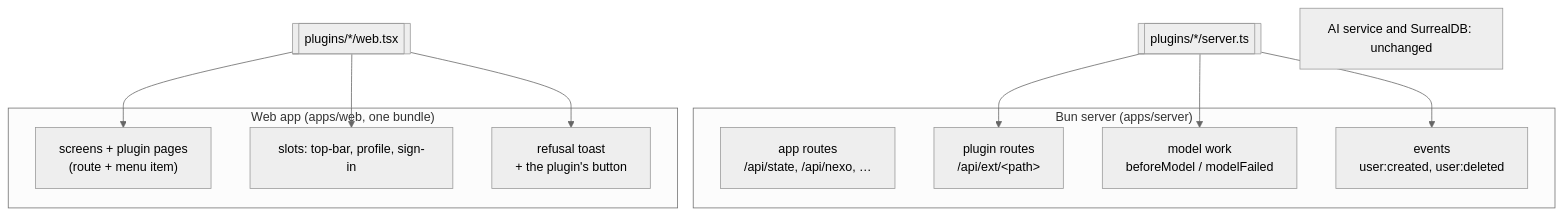
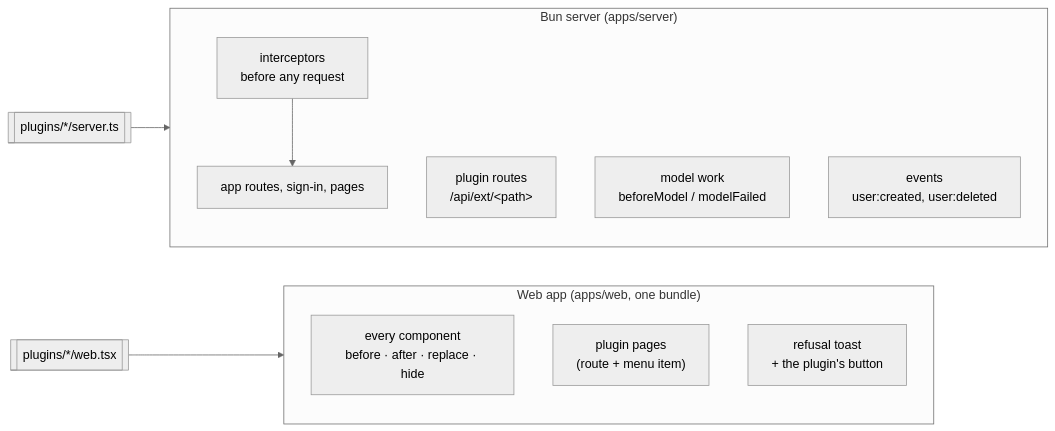
The first of 5 diagrams in docs/plugins.md (renatoaug/platjourney), drawn with Mermaid (neutral theme) before and after one commit. The commit also changed other lines of this file and 40 other files, not shown here.

Commit message:
feat(plugins): reach any component and any request without slots (#42)

````diff
--- a/docs/plugins.md
+++ b/docs/plugins.md
@@ -21,17 +21,16 @@
 ```mermaid
-flowchart TB
+flowchart LR
     subgraph server["Bun server (apps/server)"]
-        routes["app routes<br/>/api/state, /api/nexo, …"]
+        icpt["interceptors<br/>before any request"] --> app["app routes, sign-in, pages"]
         ext["plugin routes<br/>/api/ext/&lt;path&gt;"]
         hooks["model work<br/>beforeModel / modelFailed"]
         events["events<br/>user:created, user:deleted"]
     end
     subgraph web["Web app (apps/web, one bundle)"]
-        pages["screens + plugin pages<br/>(route + menu item)"]
-        slots["slots: top-bar, profile, sign-in"]
+        comps["every component<br/>before · after · replace · hide"]
+        pages["plugin pages<br/>(route + menu item)"]
         toast["refusal toast<br/>+ the plugin's button"]
     end
-    ps[["plugins/*/server.ts"]] --> ext & hooks & events
-    pw[["plugins/*/web.tsx"]] --> pages & slots & toast
-    other["AI service and SurrealDB: unchanged"]
+    ps[["plugins/*/server.ts"]] --> server
+    pw[["plugins/*/web.tsx"]] --> web
 ```
````
